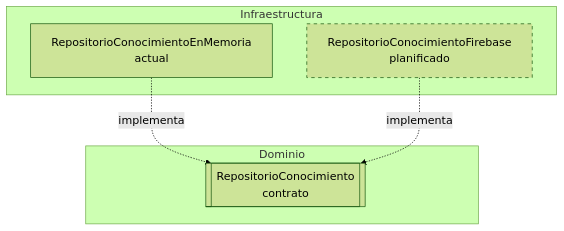
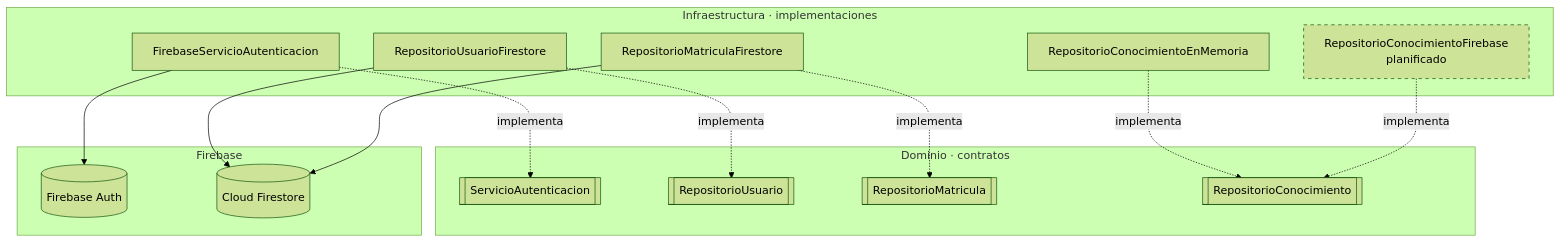
One commit to elvisllampasi27-oss/academiapp_v2 changed the second of 7 diagrams in README.md. Above: the diagram before and after it, drawn with Mermaid (forest theme). The commit also changed other lines of this file, not shown here.

First line of the commit message:
docs: documentar identidad, Firebase y modelo de datos en el README

````diff
--- a/README.md
+++ b/README.md
@@ -73,16 +81,34 @@
 ```mermaid
 flowchart TB
-    subgraph Dominio
-        RC[[RepositorioConocimiento<br/>contrato]]
+    subgraph Dominio["Dominio · contratos"]
+        SA[[ServicioAutenticacion]]
+        RU[[RepositorioUsuario]]
+        RM[[RepositorioMatricula]]
+        RC[[RepositorioConocimiento]]
     end
 
-    subgraph Infraestructura
-        MEM[RepositorioConocimientoEnMemoria<br/>actual]
+    subgraph Infraestructura["Infraestructura · implementaciones"]
+        FSA[FirebaseServicioAutenticacion]
+        RUF[RepositorioUsuarioFirestore]
+        RMF[RepositorioMatriculaFirestore]
+        MEM[RepositorioConocimientoEnMemoria]
         FB[RepositorioConocimientoFirebase<br/>planificado]
     end
 
+    subgraph Firebase
+        AUTH[(Firebase Auth)]
+        FS[(Cloud Firestore)]
+    end
+
+    FSA -.implementa.-> SA
+    RUF -.implementa.-> RU
+    RMF -.implementa.-> RM
     MEM -.implementa.-> RC
     FB -.implementa.-> RC
 
+    FSA --> AUTH
+    RUF --> FS
+    RMF --> FS
+
     style FB stroke-dasharray: 5 5
 ```
````
